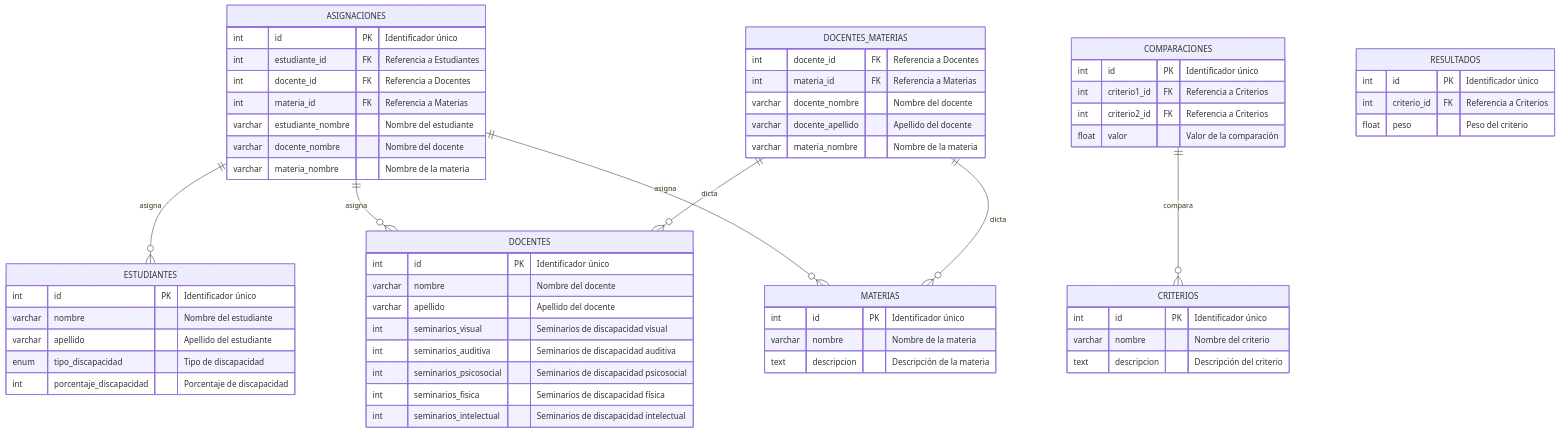
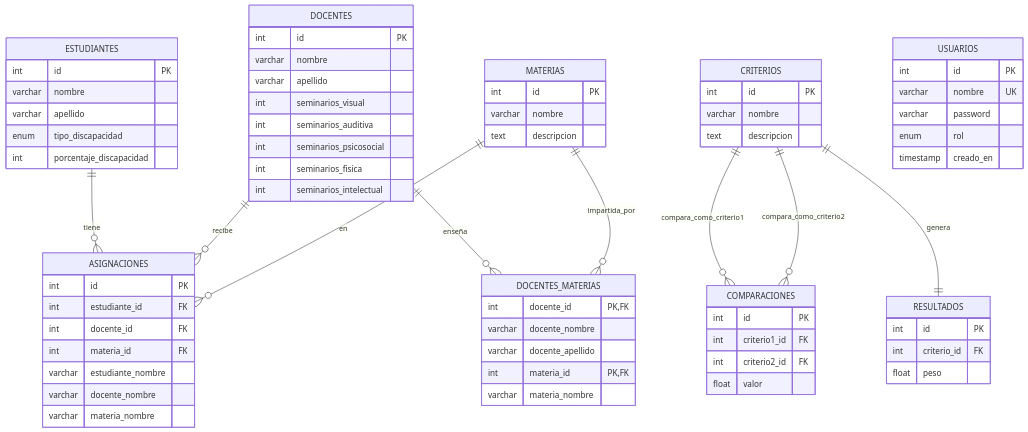
One commit to moises2018-gif/prueba changed the diagram in diagrama/er_diagram_estudiantes.mermaid. Above: the diagram before and after it, drawn with Mermaid. The commit also changed 9 other files, not shown here.

```diff
--- a/diagrama/er_diagram_estudiantes.mermaid
+++ b/diagrama/er_diagram_estudiantes.mermaid
@@ -1,69 +1,84 @@
 erDiagram
+    ESTUDIANTES {
+        int id PK
+        varchar nombre
+        varchar apellido
+        enum tipo_discapacidad
+        int porcentaje_discapacidad
+    }
+    
+    DOCENTES {
+        int id PK
+        varchar nombre
+        varchar apellido
+        int seminarios_visual
+        int seminarios_auditiva
+        int seminarios_psicosocial
+        int seminarios_fisica
+        int seminarios_intelectual
+    }
+    
+    MATERIAS {
+        int id PK
+        varchar nombre
+        text descripcion
+    }
+    
+    CRITERIOS {
+        int id PK
+        varchar nombre
+        text descripcion
+    }
+    
+    USUARIOS {
+        int id PK
+        varchar nombre UK
+        varchar password
+        enum rol
+        timestamp creado_en
+    }
+    
     ASIGNACIONES {
-        int id PK "Identificador único"
-        int estudiante_id FK "Referencia a Estudiantes"
-        int docente_id FK "Referencia a Docentes"
-        int materia_id FK "Referencia a Materias"
-        varchar estudiante_nombre "Nombre del estudiante"
-        varchar docente_nombre "Nombre del docente"
-        varchar materia_nombre "Nombre de la materia"
+        int id PK
+        int estudiante_id FK
+        int docente_id FK
+        int materia_id FK
+        varchar estudiante_nombre
+        varchar docente_nombre
+        varchar materia_nombre
     }
-
+    
+    DOCENTES_MATERIAS {
+        int docente_id PK,FK
+        varchar docente_nombre
+        varchar docente_apellido
+        int materia_id PK,FK
+        varchar materia_nombre
+    }
+    
     COMPARACIONES {
-        int id PK "Identificador único"
-        int criterio1_id FK "Referencia a Criterios"
-        int criterio2_id FK "Referencia a Criterios"
-        float valor "Valor de la comparación"
+        int id PK
+        int criterio1_id FK
+        int criterio2_id FK
+        float valor
     }
-
-    CRITERIOS {
-        int id PK "Identificador único"
-        varchar nombre "Nombre del criterio"
-        text descripcion "Descripción del criterio"
+    
+    RESULTADOS {
+        int id PK
+        int criterio_id FK
+        float peso
     }
-
-    DOCENTES {
-        int id PK "Identificador único"
-        varchar nombre "Nombre del docente"
-        varchar apellido "Apellido del docente"
-        int seminarios_visual "Seminarios de discapacidad visual"
-        int seminarios_auditiva "Seminarios de discapacidad auditiva"
-        int seminarios_psicosocial "Seminarios de discapacidad psicosocial"
-        int seminarios_fisica "Seminarios de discapacidad física"
-        int seminarios_intelectual "Seminarios de discapacidad intelectual"
-    }
-
-    DOCENTES_MATERIAS {
-        int docente_id FK "Referencia a Docentes"
-        int materia_id FK "Referencia a Materias"
-        varchar docente_nombre "Nombre del docente"
-        varchar docente_apellido "Apellido del docente"
-        varchar materia_nombre "Nombre de la materia"
-    }
-
-    ESTUDIANTES {
-        int id PK "Identificador único"
-        varchar nombre "Nombre del estudiante"
-        varchar apellido "Apellido del estudiante"
-        enum tipo_discapacidad "Tipo de discapacidad"
-        int porcentaje_discapacidad "Porcentaje de discapacidad"
-    }
-
-    MATERIAS {
-        int id PK "Identificador único"
-        varchar nombre "Nombre de la materia"
-        text descripcion "Descripción de la materia"
-    }
-
-    RESULTADOS {
-        int id PK "Identificador único"
-        int criterio_id FK "Referencia a Criterios"
-        float peso "Peso del criterio"
-    }
-
-    ASIGNACIONES ||--o{ ESTUDIANTES : "asigna"
-    ASIGNACIONES ||--o{ DOCENTES : "asigna"
-    ASIGNACIONES ||--o{ MATERIAS : "asigna"
-    COMPARACIONES ||--o{ CRITERIOS : "compara"
-    DOCENTES_MATERIAS ||--o{ DOCENTES : "dicta"
-    DOCENTES_MATERIAS ||--o{ MATERIAS : "dicta"
+    
+    %% Relaciones principales
+    ESTUDIANTES ||--o{ ASIGNACIONES : "tiene"
+    DOCENTES ||--o{ ASIGNACIONES : "recibe"
+    MATERIAS ||--o{ ASIGNACIONES : "en"
+    
+    %% Relación muchos a muchos entre docentes y materias
+    DOCENTES ||--o{ DOCENTES_MATERIAS : "enseña"
+    MATERIAS ||--o{ DOCENTES_MATERIAS : "impartida_por"
+    
+    %% Relaciones para el sistema de criterios AHP
+    CRITERIOS ||--o{ COMPARACIONES : "compara_como_criterio1"
+    CRITERIOS ||--o{ COMPARACIONES : "compara_como_criterio2"
+    CRITERIOS ||--|| RESULTADOS : "genera"
```
